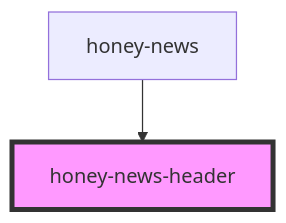
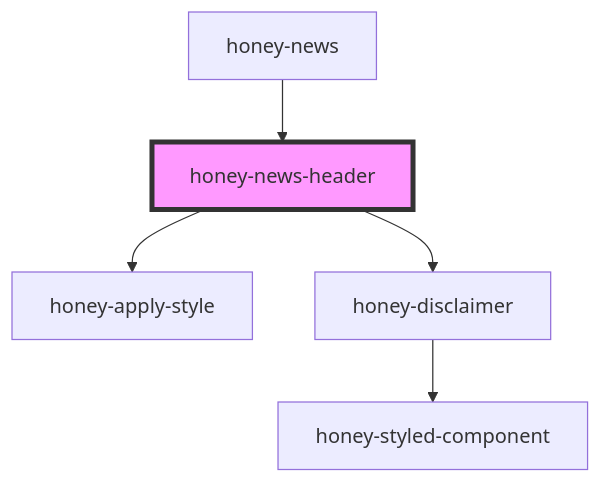
The diagram in src/components/honey-news/header/readme.md (Huluvu424242/honey-news), drawn with Mermaid before and after one commit. The commit also changed other lines of this file and 21 other files, not shown here.

````diff
--- a/src/components/honey-news/header/readme.md
+++ b/src/components/honey-news/header/readme.md
@@ -15,5 +20,8 @@
 ```mermaid
 graph TD;
+  honey-news-header --> honey-apply-style
+  honey-news-header --> honey-disclaimer
+  honey-disclaimer --> honey-styled-component
   honey-news --> honey-news-header
   style honey-news-header fill:#f9f,stroke:#333,stroke-width:4px
 ```
````
